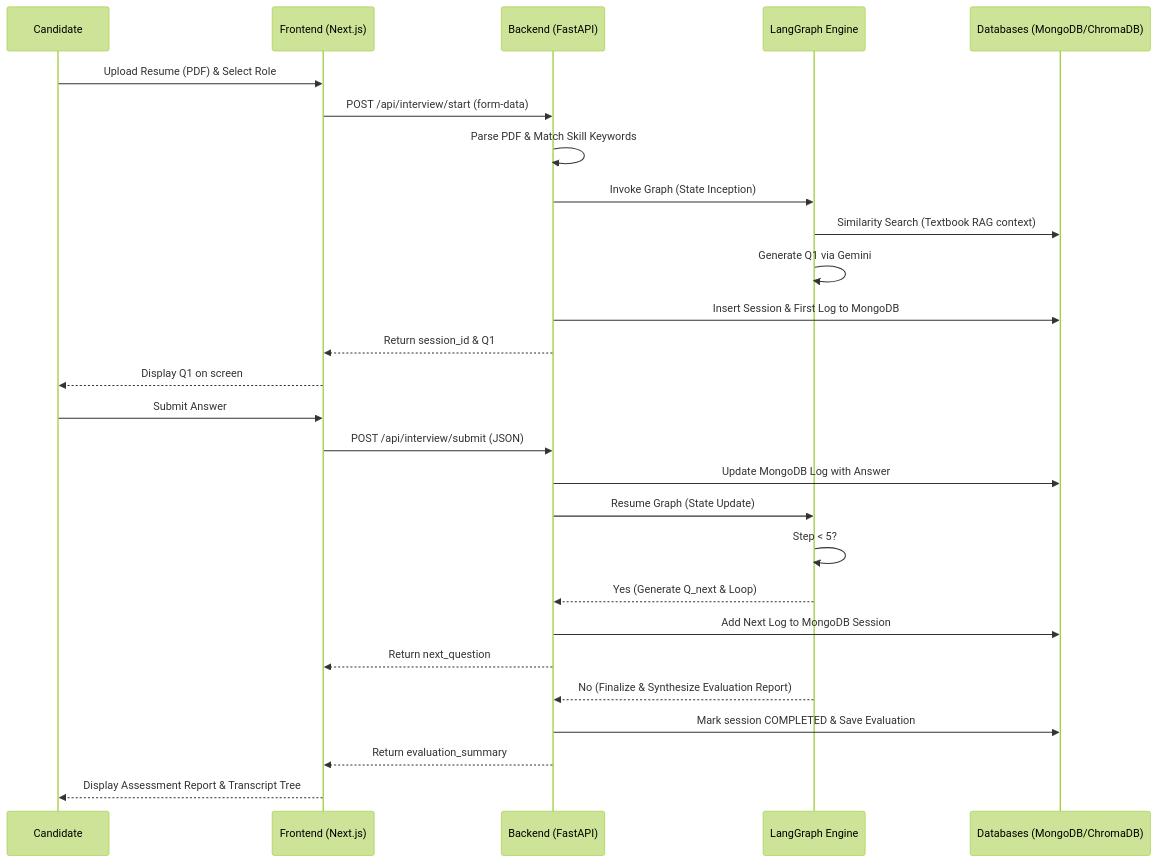
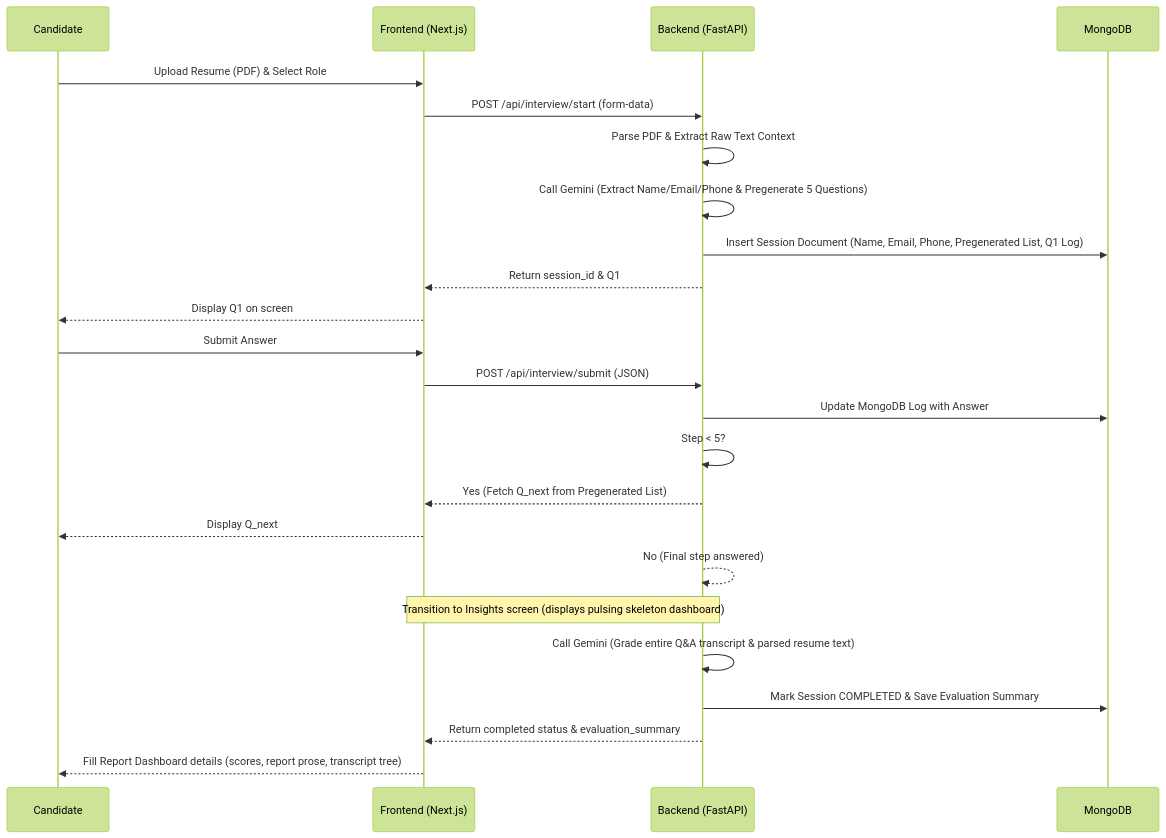
Before and after one commit to abhayshaw1601/screening-agent: the first of 3 diagrams in README.md, drawn with Mermaid (forest theme). The commit also changed other lines of this file and 6 other files, not shown here.

````diff
--- a/README.md
+++ b/README.md
@@ -34,32 +36,29 @@
 ```mermaid
 sequenceDiagram
     participant C as Candidate
     participant F as Frontend (Next.js)
     participant B as Backend (FastAPI)
-    participant G as LangGraph Engine
-    participant D as Databases (MongoDB/ChromaDB)
+    participant D as MongoDB
 
     C->>F: Upload Resume (PDF) & Select Role
     F->>B: POST /api/interview/start (form-data)
-    B->>B: Parse PDF & Match Skill Keywords
-    B->>G: Invoke Graph (State Inception)
-    G->>D: Similarity Search (Textbook RAG context)
-    G->>G: Generate Q1 via Gemini
-    B->>D: Insert Session & First Log to MongoDB
+    B->>B: Parse PDF & Extract Raw Text Context
+    B->>B: Call Gemini (Extract Name/Email/Phone & Pregenerate 5 Questions)
+    B->>D: Insert Session Document (Name, Email, Phone, Pregenerated List, Q1 Log)
     B-->>F: Return session_id & Q1
     F-->>C: Display Q1 on screen
     
     C->>F: Submit Answer
     F->>B: POST /api/interview/submit (JSON)
     B->>D: Update MongoDB Log with Answer
-    B->>G: Resume Graph (State Update)
-    G->>G: Step < 5?
-    G-->>B: Yes (Generate Q_next & Loop)
-    B->>D: Add Next Log to MongoDB Session
-    B-->>F: Return next_question
+    B->>B: Step < 5?
+    B-->>F: Yes (Fetch Q_next from Pregenerated List)
+    F-->>C: Display Q_next
     
-    G-->>B: No (Finalize & Synthesize Evaluation Report)
-    B->>D: Mark session COMPLETED & Save Evaluation
-    B-->>F: Return evaluation_summary
-    F-->>C: Display Assessment Report & Transcript Tree
+    B-->>B: No (Final step answered)
+    Note over F,B: Transition to Insights screen (displays pulsing skeleton dashboard)
+    B->>B: Call Gemini (Grade entire Q&A transcript & parsed resume text)
+    B->>D: Mark Session COMPLETED & Save Evaluation Summary
+    B-->>F: Return completed status & evaluation_summary
+    F-->>C: Fill Report Dashboard details (scores, report prose, transcript tree)
 ```
````
